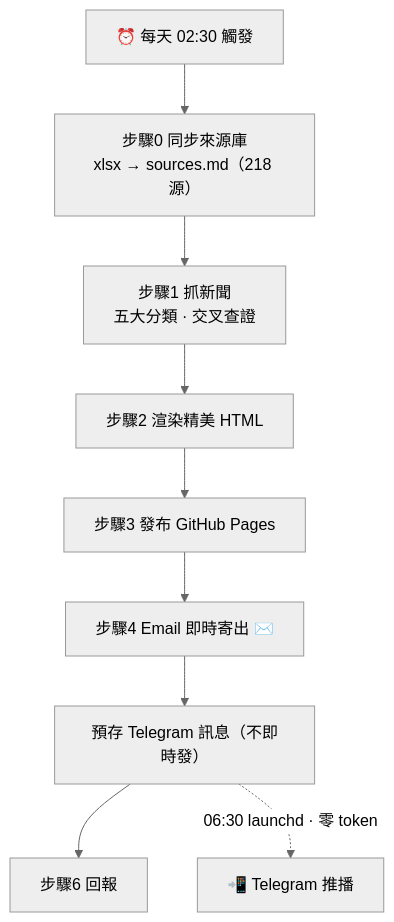
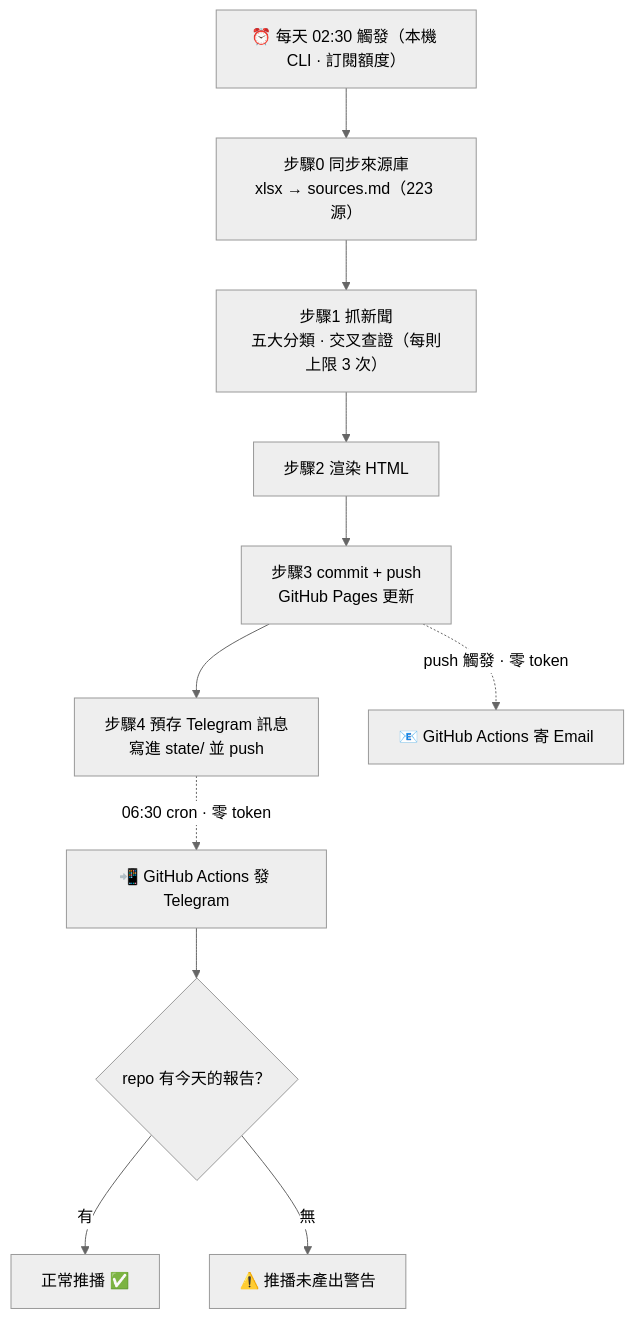
Before and after one commit to igaming-pulse/igaming-daily: the first of 5 diagrams in OutputLogic.md, drawn with Mermaid (neutral theme). The commit also changed other lines of this file and 22 other files, not shown here.

First line of the commit message:
chore: repo 骨架（skills / sources / scripts / workflows / docs）

````diff
--- a/OutputLogic.md
+++ b/OutputLogic.md
@@ -13,11 +13,13 @@
 ```mermaid
 flowchart TD
-  T["⏰ 每天 02:30 觸發"] --> S0["步驟0 同步來源庫<br/>xlsx → sources.md（218 源）"]
-  S0 --> S1["步驟1 抓新聞<br/>五大分類 · 交叉查證"]
-  S1 --> S2["步驟2 渲染精美 HTML"]
-  S2 --> S3["步驟3 發布 GitHub Pages"]
-  S3 --> S4["步驟4 Email 即時寄出 ✉️"]
-  S4 --> P["預存 Telegram 訊息（不即時發）"]
-  P --> S6["步驟6 回報"]
-  P -. "06:30 launchd · 零 token" .-> TG["📲 Telegram 推播"]
+  T["⏰ 每天 02:30 觸發（本機 CLI · 訂閱額度）"] --> S0["步驟0 同步來源庫<br/>xlsx → sources.md（223 源）"]
+  S0 --> S1["步驟1 抓新聞<br/>五大分類 · 交叉查證（每則上限 3 次）"]
+  S1 --> S2["步驟2 渲染 HTML"]
+  S2 --> S3["步驟3 commit + push<br/>GitHub Pages 更新"]
+  S3 --> P["步驟4 預存 Telegram 訊息<br/>寫進 state/ 並 push"]
+  S3 -. "push 觸發 · 零 token" .-> EM["📧 GitHub Actions 寄 Email"]
+  P -. "06:30 cron · 零 token" .-> TG["📲 GitHub Actions 發 Telegram"]
+  TG --> WD{"repo 有今天的報告？"}
+  WD -- 有 --> OK["正常推播 ✅"]
+  WD -- 無 --> AL["⚠️ 推播未產出警告"]
 ```
````
